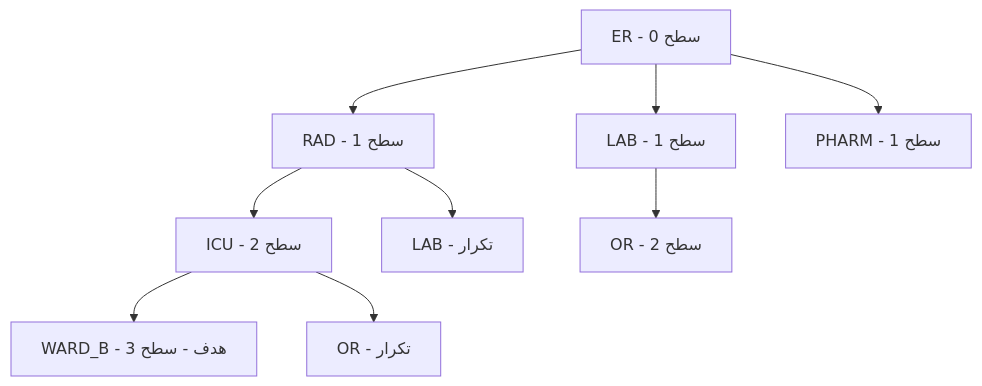
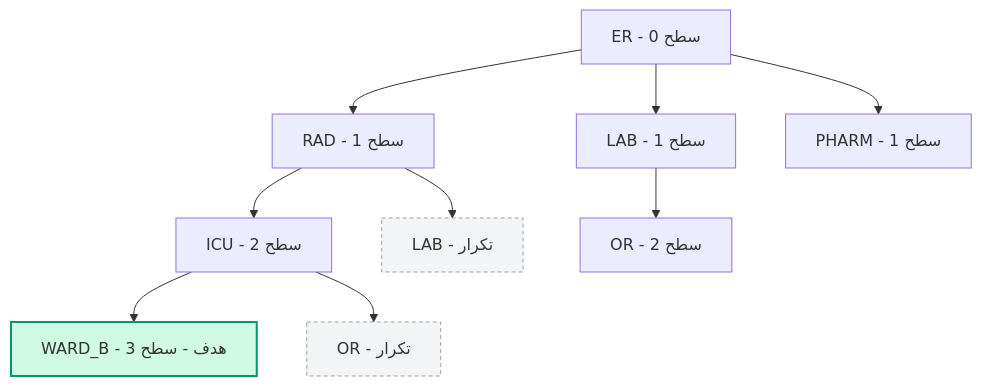
The second of 5 diagrams in session_05_search_bfs_dfs.md (DaneshJoy/ai_bme_intro), drawn with Mermaid before and after one commit. The commit also changed other lines of this file and 60 other files, not shown here.

````diff
--- a/session_05_search_bfs_dfs.md
+++ b/session_05_search_bfs_dfs.md
@@ -88,11 +195,15 @@
 ```mermaid
 flowchart TD
     ER["ER - سطح 0"] --> RAD["RAD - سطح 1"]
     ER --> LAB["LAB - سطح 1"]
     ER --> PHARM["PHARM - سطح 1"]
     RAD --> ICU["ICU - سطح 2"]
     RAD --> LAB2["LAB - تکرار"]
     LAB --> OR["OR - سطح 2"]
     ICU --> WB["WARD_B - هدف - سطح 3"]
     ICU --> OR2["OR - تکرار"]
+    classDef dup fill:#f3f4f6,stroke:#9ca3af,stroke-dasharray:4 3
+    classDef goal fill:#d1fae5,stroke:#059669,stroke-width:2px
+    class LAB2,OR2 dup
+    class WB goal
 ```
````
